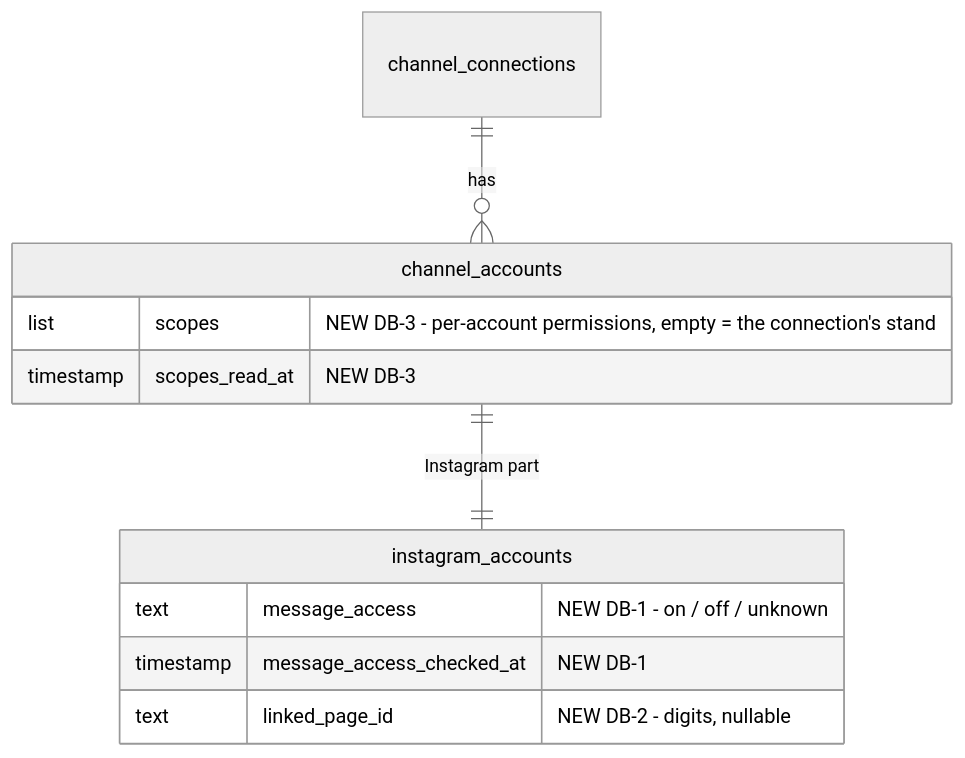
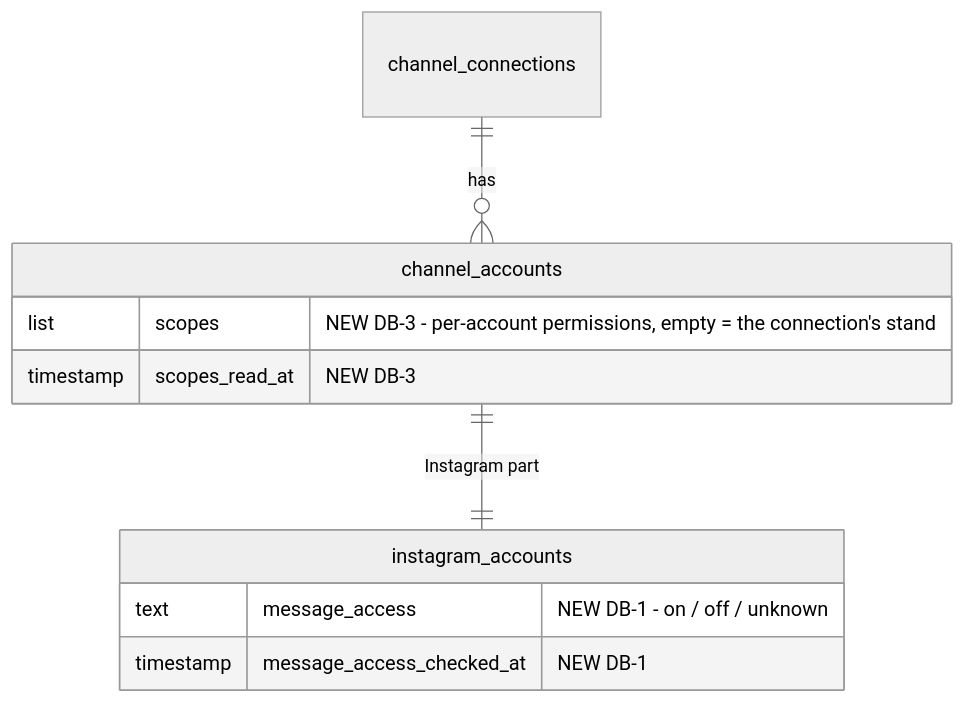
The diagram in iterations/feat-meta-connect-flow-2026-11-26-bqmw/plans/db-changes.md (albetrios/meepzo-be), drawn with Mermaid (neutral theme) before and after one commit. The commit also changed other lines of this file and 4 other files, not shown here.

First line of the commit message:
docs(iterations): confirm the channel account part and draft the instagram account part of the meta connect flow route review

````diff
--- a/iterations/feat-meta-connect-flow-2026-11-26-bqmw/plans/db-changes.md
+++ b/iterations/feat-meta-connect-flow-2026-11-26-bqmw/plans/db-changes.md
@@ -14,14 +14,13 @@
 ```mermaid
 erDiagram
   channel_connections ||--o{ channel_accounts : "has"
   channel_accounts ||--|| instagram_accounts : "Instagram part"
   channel_accounts {
     list scopes "NEW DB-3 - per-account permissions, empty = the connection's stand"
     timestamp scopes_read_at "NEW DB-3"
   }
   instagram_accounts {
     text message_access "NEW DB-1 - on / off / unknown"
     timestamp message_access_checked_at "NEW DB-1"
-    text linked_page_id "NEW DB-2 - digits, nullable"
   }
 ```
````
